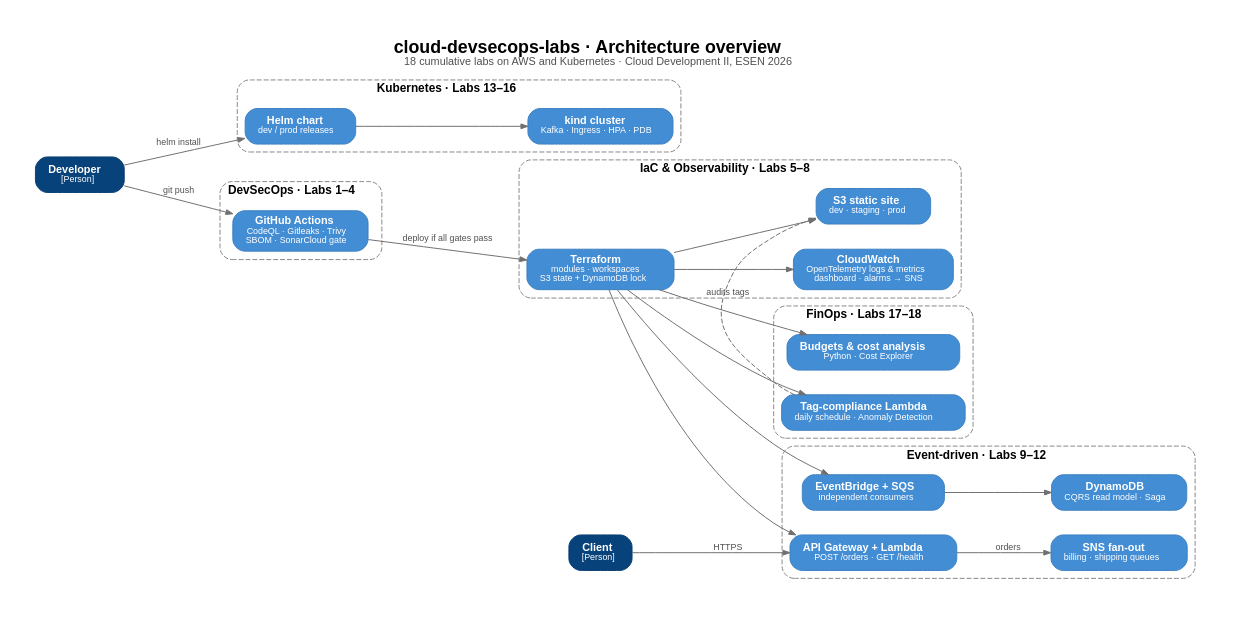
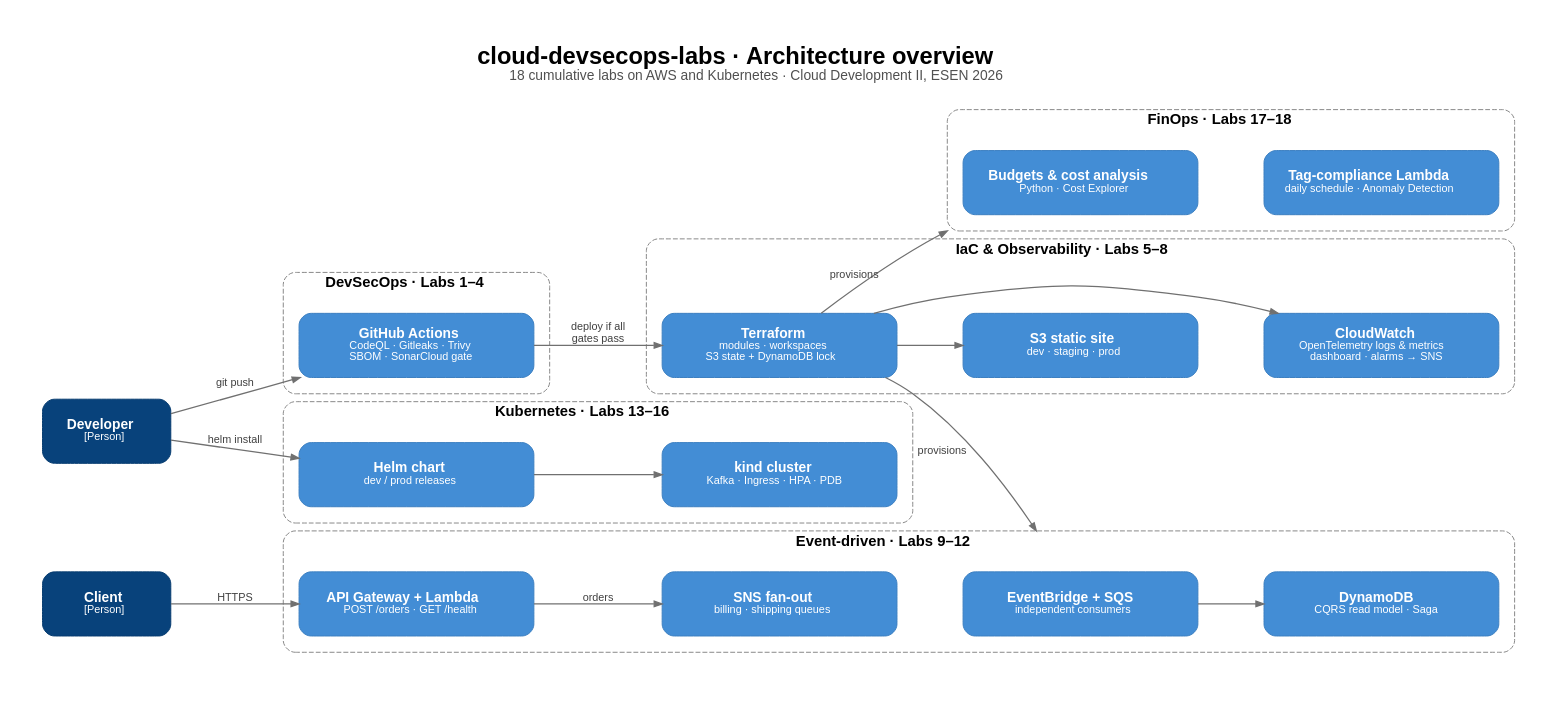
The diagram in docs/architecture/overview.dot (JhonnatanPenate/cloud-devsecops-labs), drawn with Graphviz before and after one commit. The commit also changed 2 other files, not shown here.

Commit message:
docs: improve architecture overview layout and add render script

```diff
--- a/docs/architecture/overview.dot
+++ b/docs/architecture/overview.dot
@@ -1,42 +1,71 @@
 digraph G {
-  graph [rankdir=LR, bgcolor="white", pad=0.4, nodesep=0.35, ranksep=0.8, fontname="Helvetica", compound=true, labelloc="t", label=<<B><FONT POINT-SIZE="18">cloud-devsecops-labs · Architecture overview</FONT></B><BR/><FONT POINT-SIZE="11" COLOR="#505050">18 cumulative labs on AWS and Kubernetes · Cloud Development II, ESEN 2026</FONT>>];
-  node  [shape=box, style="rounded,filled", fontname="Helvetica", fontsize=11, fillcolor="#438DD5", color="#3C7FC0", fontcolor="white", margin="0.18,0.08"];
-  edge  [fontname="Helvetica", fontsize=9, color="#707070", fontcolor="#505050", arrowsize=0.7];
+  graph [rankdir=LR, bgcolor="white", pad=0.5, nodesep=0.45, ranksep=0.9,
+         fontname="Helvetica", compound=true, newrank=true, splines=spline,
+         labelloc="t",
+         label=<<B><FONT POINT-SIZE="24">cloud-devsecops-labs · Architecture overview</FONT></B><BR/><FONT POINT-SIZE="14" COLOR="#505050">18 cumulative labs on AWS and Kubernetes · Cloud Development II, ESEN 2026</FONT><BR/> >];
+  node  [shape=box, style="rounded,filled", fontname="Helvetica", fontsize=14,
+         fillcolor="#438DD5", color="#3C7FC0", fontcolor="white",
+         margin="0.22,0.12", width=3.3, height=0.9];
+  edge  [fontname="Helvetica", fontsize=11, color="#707070", fontcolor="#404040",
+         arrowsize=0.8, penwidth=1.3];
 
+  // People
+  dev  [label=<<B>Developer</B><BR/><FONT POINT-SIZE="11">[Person]</FONT>>, fillcolor="#08427B", color="#073B6F", width=1.8];
+  user [label=<<B>Client</B><BR/><FONT POINT-SIZE="11">[Person]</FONT>>,    fillcolor="#08427B", color="#073B6F", width=1.8];
 
-  dev [label=<<B>Developer</B><BR/><FONT POINT-SIZE="9">[Person]</FONT>>, fillcolor="#08427B", color="#073B6F"];
-  user [label=<<B>Client</B><BR/><FONT POINT-SIZE="9">[Person]</FONT>>, fillcolor="#08427B", color="#073B6F"];
-
-  subgraph cluster_ci { label=<<B>DevSecOps · Labs 1–4</B>>; style="dashed,rounded"; color="#888888"; fontsize=12;
-    gha [label=<<B>GitHub Actions</B><BR/><FONT POINT-SIZE="9">CodeQL · Gitleaks · Trivy<BR/>SBOM · SonarCloud gate</FONT>>];
-  }
-  subgraph cluster_iac { label=<<B>IaC &amp; Observability · Labs 5–8</B>>; style="dashed,rounded"; color="#888888"; fontsize=12;
-    tf [label=<<B>Terraform</B><BR/><FONT POINT-SIZE="9">modules · workspaces<BR/>S3 state + DynamoDB lock</FONT>>];
-    site [label=<<B>S3 static site</B><BR/><FONT POINT-SIZE="9">dev · staging · prod</FONT>>];
-    cw [label=<<B>CloudWatch</B><BR/><FONT POINT-SIZE="9">OpenTelemetry logs &amp; metrics<BR/>dashboard · alarms → SNS</FONT>>];
-  }
-  subgraph cluster_ev { label=<<B>Event-driven · Labs 9–12</B>>; style="dashed,rounded"; color="#888888"; fontsize=12;
-    api [label=<<B>API Gateway + Lambda</B><BR/><FONT POINT-SIZE="9">POST /orders · GET /health</FONT>>];
-    eb [label=<<B>EventBridge + SQS</B><BR/><FONT POINT-SIZE="9">independent consumers</FONT>>];
-    ddb [label=<<B>DynamoDB</B><BR/><FONT POINT-SIZE="9">CQRS read model · Saga</FONT>>];
-    sns [label=<<B>SNS fan-out</B><BR/><FONT POINT-SIZE="9">billing · shipping queues</FONT>>];
-  }
-  subgraph cluster_k8s { label=<<B>Kubernetes · Labs 13–16</B>>; style="dashed,rounded"; color="#888888"; fontsize=12;
-    k8s [label=<<B>kind cluster</B><BR/><FONT POINT-SIZE="9">Kafka · Ingress · HPA · PDB</FONT>>];
-    helm [label=<<B>Helm chart</B><BR/><FONT POINT-SIZE="9">dev / prod releases</FONT>>];
-  }
-  subgraph cluster_fin { label=<<B>FinOps · Labs 17–18</B>>; style="dashed,rounded"; color="#888888"; fontsize=12;
-    bud [label=<<B>Budgets &amp; cost analysis</B><BR/><FONT POINT-SIZE="9">Python · Cost Explorer</FONT>>];
-    gov [label=<<B>Tag-compliance Lambda</B><BR/><FONT POINT-SIZE="9">daily schedule · Anomaly Detection</FONT>>];
+  // 1. DevSecOps
+  subgraph cluster_ci { label=<<B>DevSecOps · Labs 1–4</B>>; style="dashed,rounded"; color="#888888"; fontsize=15; margin=16;
+    gha [label=<<B>GitHub Actions</B><BR/><FONT POINT-SIZE="11">CodeQL · Gitleaks · Trivy<BR/>SBOM · SonarCloud gate</FONT>>];
   }
 
-  dev -> gha [label="git push"];
-  gha -> tf [label="deploy if all gates pass"];
-  tf -> site; tf -> cw; tf -> eb; tf -> api; tf -> bud; tf -> gov;
-  user -> api [label="HTTPS"];
-  api -> sns [label="orders"];
-  eb -> ddb;
-  dev -> helm [label="helm install"];
+  // 2. IaC & Observability
+  subgraph cluster_iac { label=<<B>IaC &amp; Observability · Labs 5–8</B>>; style="dashed,rounded"; color="#888888"; fontsize=15; margin=16;
+    tf   [label=<<B>Terraform</B><BR/><FONT POINT-SIZE="11">modules · workspaces<BR/>S3 state + DynamoDB lock</FONT>>];
+    site [label=<<B>S3 static site</B><BR/><FONT POINT-SIZE="11">dev · staging · prod</FONT>>];
+    cw   [label=<<B>CloudWatch</B><BR/><FONT POINT-SIZE="11">OpenTelemetry logs &amp; metrics<BR/>dashboard · alarms → SNS</FONT>>];
+  }
+
+  // 3. Event-driven
+  subgraph cluster_ev { label=<<B>Event-driven · Labs 9–12</B>>; style="dashed,rounded"; color="#888888"; fontsize=15; margin=16;
+    api [label=<<B>API Gateway + Lambda</B><BR/><FONT POINT-SIZE="11">POST /orders · GET /health</FONT>>];
+    sns [label=<<B>SNS fan-out</B><BR/><FONT POINT-SIZE="11">billing · shipping queues</FONT>>];
+    eb  [label=<<B>EventBridge + SQS</B><BR/><FONT POINT-SIZE="11">independent consumers</FONT>>];
+    ddb [label=<<B>DynamoDB</B><BR/><FONT POINT-SIZE="11">CQRS read model · Saga</FONT>>];
+  }
+
+  // 4. Kubernetes
+  subgraph cluster_k8s { label=<<B>Kubernetes · Labs 13–16</B>>; style="dashed,rounded"; color="#888888"; fontsize=15; margin=16;
+    helm [label=<<B>Helm chart</B><BR/><FONT POINT-SIZE="11">dev / prod releases</FONT>>];
+    k8s  [label=<<B>kind cluster</B><BR/><FONT POINT-SIZE="11">Kafka · Ingress · HPA · PDB</FONT>>];
+  }
+
+  // 5. FinOps
+  subgraph cluster_fin { label=<<B>FinOps · Labs 17–18</B>>; style="dashed,rounded"; color="#888888"; fontsize=15; margin=16;
+    bud [label=<<B>Budgets &amp; cost analysis</B><BR/><FONT POINT-SIZE="11">Python · Cost Explorer</FONT>>];
+    gov [label=<<B>Tag-compliance Lambda</B><BR/><FONT POINT-SIZE="11">daily schedule · Anomaly Detection</FONT>>];
+  }
+
+  // Columns (left to right)
+  { rank=same; dev; user; }
+  { rank=same; gha; helm; }
+  { rank=same; tf; k8s; }
+  { rank=same; site; eb; bud; }
+  { rank=same; cw; ddb; gov; }
+  { rank=same; api; }
+  { rank=same; sns; }
+
+  // Flows
+  dev  -> gha  [label="git push"];
+  dev  -> helm [label="helm install"];
+  gha  -> tf   [label="deploy if all\ngates pass"];
   helm -> k8s;
-  gov -> site [label="audits tags", style=dashed];
+  tf   -> site;
+  site -> cw   [style=invis];
+  tf   -> cw   [constraint=false];
+  tf   -> eb   [lhead=cluster_ev,  xlabel="provisions"];
+  tf   -> bud  [lhead=cluster_fin, xlabel="provisions"];
+  bud  -> gov  [style=invis];
+  user -> api  [label="HTTPS"];
+  api  -> sns  [label="orders"];
+  eb   -> ddb;
 }
```
